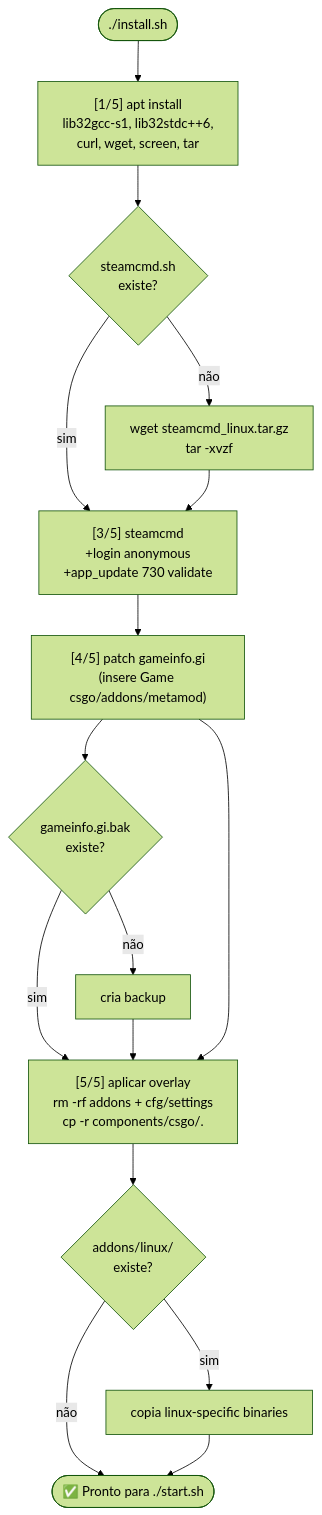
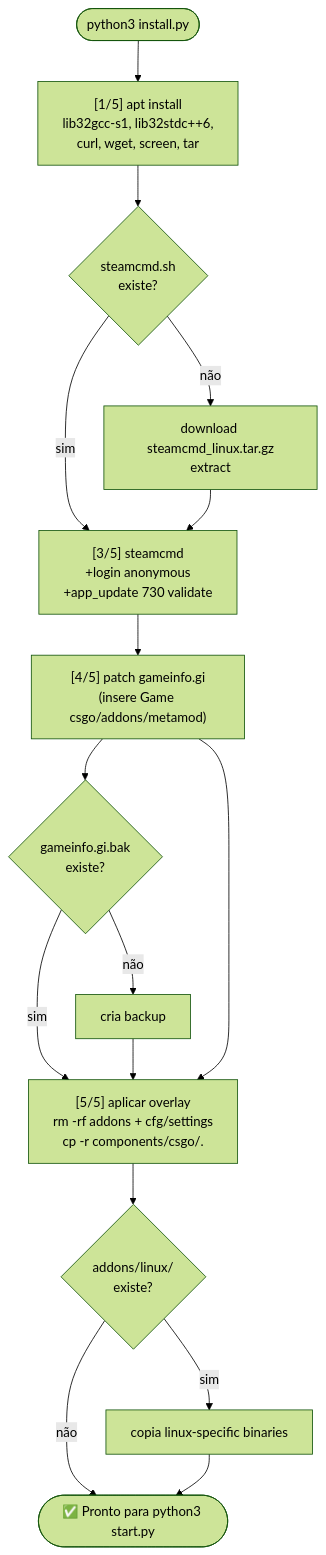
The first of 3 diagrams in docs/03-install-flow.md (vinnedev/cs2-linux-server), drawn with Mermaid (forest theme) before and after one commit. The commit also changed other lines of this file and 92 other files, not shown here.

````diff
--- a/docs/03-install-flow.md
+++ b/docs/03-install-flow.md
@@ -7,18 +7,18 @@
 ```mermaid
 flowchart TD
-    Start([./install.sh]) --> Deps["[1/5] apt install<br/>lib32gcc-s1, lib32stdc++6,<br/>curl, wget, screen, tar"]
+    Start([python3 install.py]) --> Deps["[1/5] apt install<br/>lib32gcc-s1, lib32stdc++6,<br/>curl, wget, screen, tar"]
     Deps --> SCmd{"steamcmd.sh<br/>existe?"}
-    SCmd -- não --> DL["wget steamcmd_linux.tar.gz<br/>tar -xvzf"]
+    SCmd -- não --> DL["download steamcmd_linux.tar.gz<br/>extract"]
     SCmd -- sim --> Update
     DL --> Update["[3/5] steamcmd<br/>+login anonymous<br/>+app_update 730 validate"]
     Update --> Patch["[4/5] patch gameinfo.gi<br/>(insere Game csgo/addons/metamod)"]
     Patch --> Backup{"gameinfo.gi.bak<br/>existe?"}
     Backup -- não --> Bak[cria backup]
     Backup -- sim --> Overlay
     Bak --> Overlay
     Patch --> Overlay["[5/5] aplicar overlay<br/>rm -rf addons + cfg/settings<br/>cp -r components/csgo/."]
     Overlay --> Linux{"addons/linux/<br/>existe?"}
     Linux -- sim --> CopyLinux[copia linux-specific binaries]
     Linux -- não --> Done
-    CopyLinux --> Done([✅ Pronto para ./start.sh])
+    CopyLinux --> Done([✅ Pronto para python3 start.py])
 ```
````
